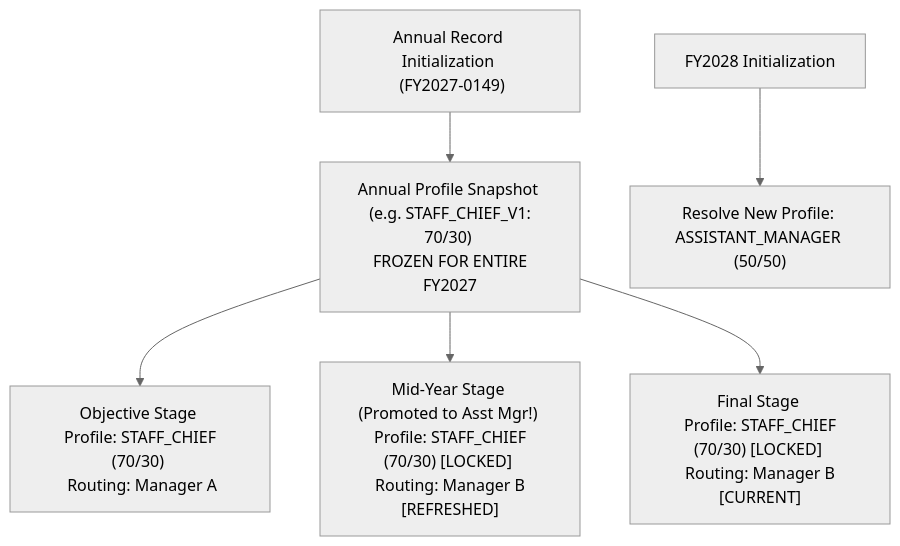
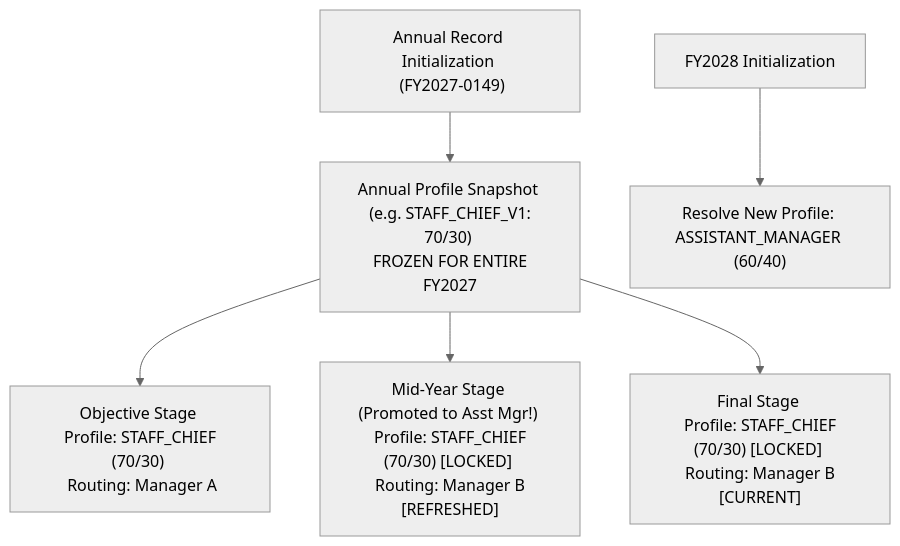
Before and after one commit to rebootob/MBO2026: the diagram in project-docs/architecture-redesign/EVALUATION_PROFILE_ARCHITECTURE.md, drawn with Mermaid (neutral theme). The commit also changed other lines of this file and 6 other files, not shown here.

Commit message:
docs: reconcile position normalization policy and evaluation architecture

````diff
--- a/project-docs/architecture-redesign/EVALUATION_PROFILE_ARCHITECTURE.md
+++ b/project-docs/architecture-redesign/EVALUATION_PROFILE_ARCHITECTURE.md
@@ -19,10 +20,10 @@
 ```mermaid
 graph TD
     INIT["Annual Record Initialization <br/> (FY2027-0149)"] --> PROF_SNAP["Annual Profile Snapshot <br/> (e.g. STAFF_CHIEF_V1: 70/30) <br/> FROZEN FOR ENTIRE FY2027"]
     
     PROF_SNAP --> S_OBJ["Objective Stage <br/> Profile: STAFF_CHIEF (70/30) <br/> Routing: Manager A"]
     PROF_SNAP --> S_MID["Mid-Year Stage (Promoted to Asst Mgr!) <br/> Profile: STAFF_CHIEF (70/30) [LOCKED] <br/> Routing: Manager B [REFRESHED]"]
     PROF_SNAP --> S_FIN["Final Stage <br/> Profile: STAFF_CHIEF (70/30) [LOCKED] <br/> Routing: Manager B [CURRENT]"]
 
-    NEXT_FY["FY2028 Initialization"] --> NEXT_PROF["Resolve New Profile: ASSISTANT_MANAGER (50/50)"]
+    NEXT_FY["FY2028 Initialization"] --> NEXT_PROF["Resolve New Profile: ASSISTANT_MANAGER (60/40)"]
 ```
````
